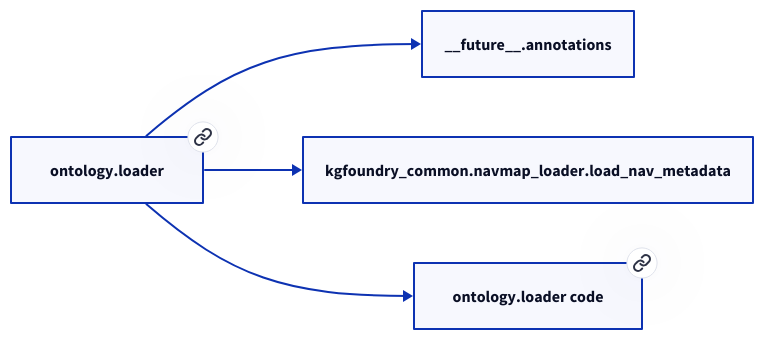
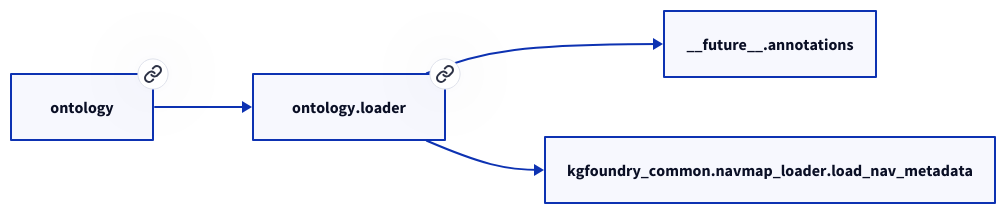
One commit to paul-heyse/kgforge changed the second of 2 diagrams in docs/modules/ontology/loader.md. Above: the diagram before and after it, drawn with D2. The commit also changed other lines of this file and 208 other files, not shown here.

````diff
--- a/docs/modules/ontology/loader.md
+++ b/docs/modules/ontology/loader.md
@@ -34,10 +38,10 @@
 ```d2
 direction: right
-"ontology.loader": "ontology.loader" { link: "./ontology/loader.md" }
+"ontology.loader": "ontology.loader" { link: "https://github.com/paul-heyse/kgfoundry/blob/main/src/ontology/loader.py" }
 "__future__.annotations": "__future__.annotations"
 "ontology.loader" -> "__future__.annotations"
 "kgfoundry_common.navmap_loader.load_nav_metadata": "kgfoundry_common.navmap_loader.load_nav_metadata"
 "ontology.loader" -> "kgfoundry_common.navmap_loader.load_nav_metadata"
-"ontology.loader_code": "ontology.loader code" { link: "https://github.com/kgfoundry/kgfoundry/blob/main/src/ontology/loader.py" }
-"ontology.loader" -> "ontology.loader_code" { style: dashed }
+"ontology": "ontology" { link: "https://github.com/paul-heyse/kgfoundry/blob/main/src/ontology/__init__.py" }
+"ontology" -> "ontology.loader" { style: dashed }
 ```
````
